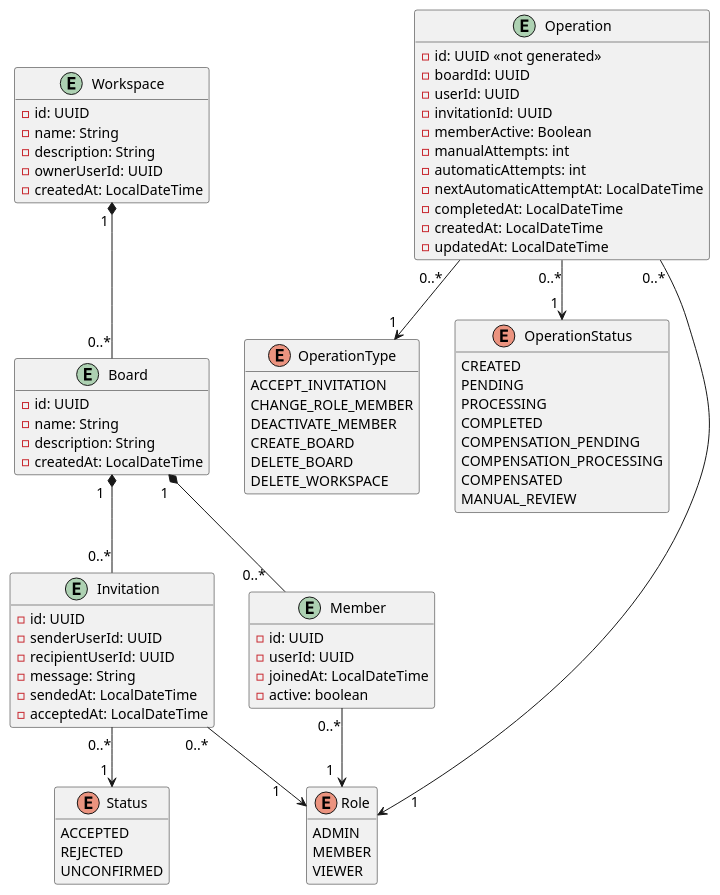
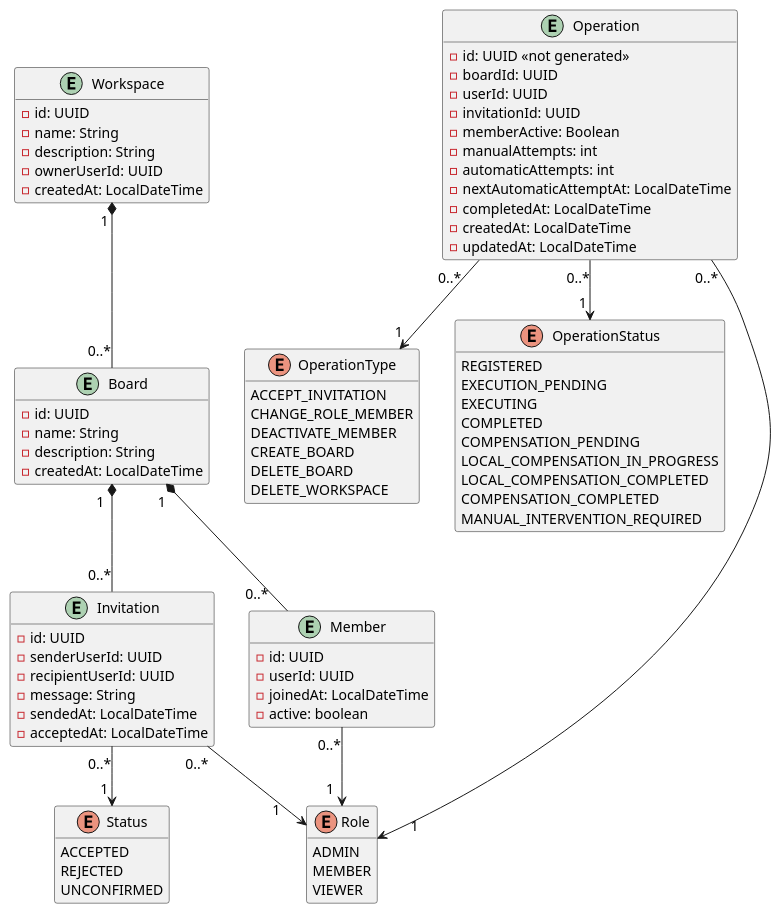
One commit to ArmandoEnrique1010K/TrelloMicroservices changed the diagram in assets/Project_diagram.puml. Above: the diagram before and after it, drawn with PlantUML. The commit also changed 5 other files, not shown here.

First line of the commit message:
Actualizar los tipos de operaciones y los diagramas de dominio

```diff
--- a/assets/Project_diagram.puml
+++ b/assets/Project_diagram.puml
@@ -1,96 +1,98 @@
 @startuml Project
 hide methods
 skinparam ArrowFontSize 14
 
 entity Workspace {
     - id: UUID
     - name: String
     - description: String
     - ownerUserId: UUID
     - createdAt: LocalDateTime
 }
 
 entity Board {
     - id: UUID
     - name: String
     - description: String
     - createdAt: LocalDateTime
 }
 
 entity Invitation {
     - id: UUID
     - senderUserId: UUID
     - recipientUserId: UUID
     - message: String
     - sendedAt: LocalDateTime
     - acceptedAt: LocalDateTime
 }
 
 entity Member {
     - id: UUID
     - userId: UUID
     - joinedAt: LocalDateTime
     - active: boolean
 }
 
 enum Role {
     ADMIN
     MEMBER
     VIEWER
 }
 
 enum Status {
     ACCEPTED
     REJECTED
     UNCONFIRMED
 }
 
 entity Operation {
   - id: UUID <<not generated>>
+  'Datos necesarios
   - boardId: UUID
   - userId: UUID
   - invitationId: UUID
   'Se utiliza Boolean para poder establecer el valor "null" aparte de true o false
   - memberActive: Boolean
-  'Ambos son de tipo entero, no pueden ser null
+  'Ambos son de tipo entero, no pueden ser "null"
   - manualAttempts: int
   - automaticAttempts: int
   - nextAutomaticAttemptAt: LocalDateTime
   - completedAt: LocalDateTime
   - createdAt: LocalDateTime
   - updatedAt: LocalDateTime
 }
 
 enum OperationType {
   ACCEPT_INVITATION
   CHANGE_ROLE_MEMBER
   DEACTIVATE_MEMBER
   CREATE_BOARD
   DELETE_BOARD
   DELETE_WORKSPACE
 }
 
 
 enum OperationStatus {
-  CREATED
-  PENDING
-  PROCESSING
+  REGISTERED
+  EXECUTION_PENDING
+  EXECUTING
   COMPLETED
   COMPENSATION_PENDING
-  COMPENSATION_PROCESSING
-  COMPENSATED
-  MANUAL_REVIEW
+  LOCAL_COMPENSATION_IN_PROGRESS
+  LOCAL_COMPENSATION_COMPLETED
+  COMPENSATION_COMPLETED
+  MANUAL_INTERVENTION_REQUIRED
 }
 
 Workspace "1 " *-- "0..*" Board
 Board " 1  " *-- "0..*   " Member
 Board "1  " *-- "0..*" Invitation
 Member "0..*" --> "1  " Role
 Invitation "0..*  " --> "1     " Role
 Invitation "0..*" --> "1 " Status
 
 Operation "0..*   " --> "1 " OperationType
 Operation "0..*" --> "1 " OperationStatus
 Operation "0..*" ----> "       1  " Role
 
 @enduml
```
